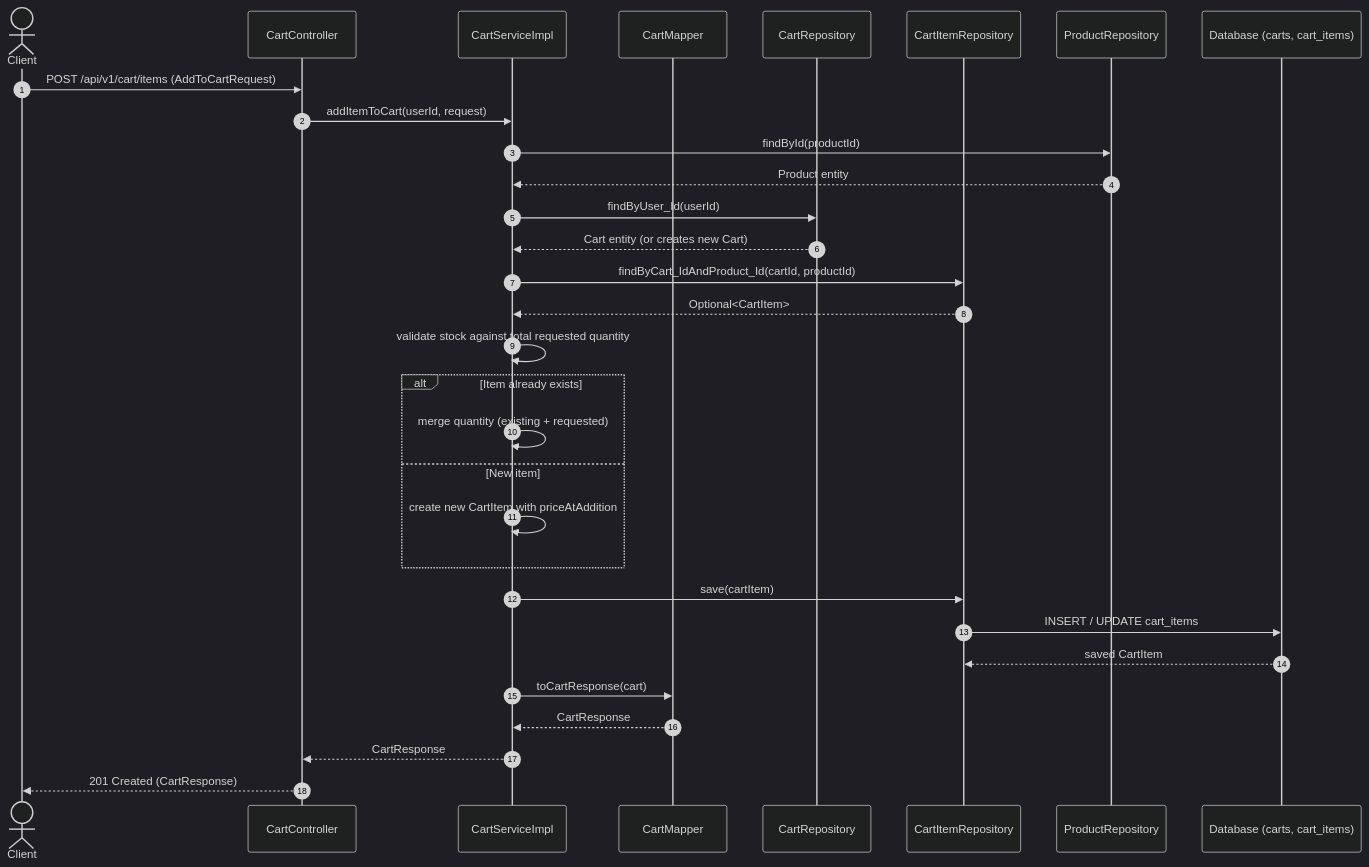
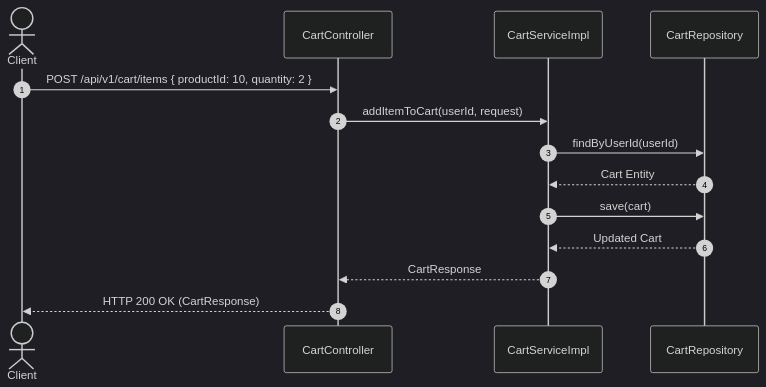
The first of 2 diagrams in docs/Cart.md (Amitgupta0001/amazon-scale-backend), drawn with Mermaid (dark theme) before and after one commit. The commit also changed other lines of this file and 26 other files, not shown here.

Commit message:
docs: document project architecture, API, security, database, and modules

````diff
--- a/docs/Cart.md
+++ b/docs/Cart.md
@@ -485,34 +173,17 @@
 ```mermaid
 sequenceDiagram
     autonumber
     actor Client
-    participant Controller as CartController
-    participant Service as CartServiceImpl
-    participant Mapper as CartMapper
-    participant CartRepo as CartRepository
-    participant ItemRepo as CartItemRepository
-    participant ProdRepo as ProductRepository
-    participant DB as Database (carts, cart_items)
+    participant Ctrl as CartController
+    participant Svc as CartServiceImpl
+    participant Repo as CartRepository
 
-    Client->>Controller: POST /api/v1/cart/items (AddToCartRequest)
-    Controller->>Service: addItemToCart(userId, request)
-    Service->>ProdRepo: findById(productId)
-    ProdRepo-->>Service: Product entity
-    Service->>CartRepo: findByUser_Id(userId)
-    CartRepo-->>Service: Cart entity (or creates new Cart)
-    Service->>ItemRepo: findByCart_IdAndProduct_Id(cartId, productId)
-    ItemRepo-->>Service: Optional<CartItem>
-    Service->>Service: validate stock against total requested quantity
-    alt Item already exists
-        Service->>Service: merge quantity (existing + requested)
-    else New item
-        Service->>Service: create new CartItem with priceAtAddition
-    end
-    Service->>ItemRepo: save(cartItem)
-    ItemRepo->>DB: INSERT / UPDATE cart_items
-    DB-->>ItemRepo: saved CartItem
-    Service->>Mapper: toCartResponse(cart)
-    Mapper-->>Service: CartResponse
-    Service-->>Controller: CartResponse
-    Controller-->>Client: 201 Created (CartResponse)
+    Client->>Ctrl: POST /api/v1/cart/items { productId: 10, quantity: 2 }
+    Ctrl->>Svc: addItemToCart(userId, request)
+    Svc->>Repo: findByUserId(userId)
+    Repo-->>Svc: Cart Entity
+    Svc->>Repo: save(cart)
+    Repo-->>Svc: Updated Cart
+    Svc-->>Ctrl: CartResponse
+    Ctrl-->>Client: HTTP 200 OK (CartResponse)
 ```
````
